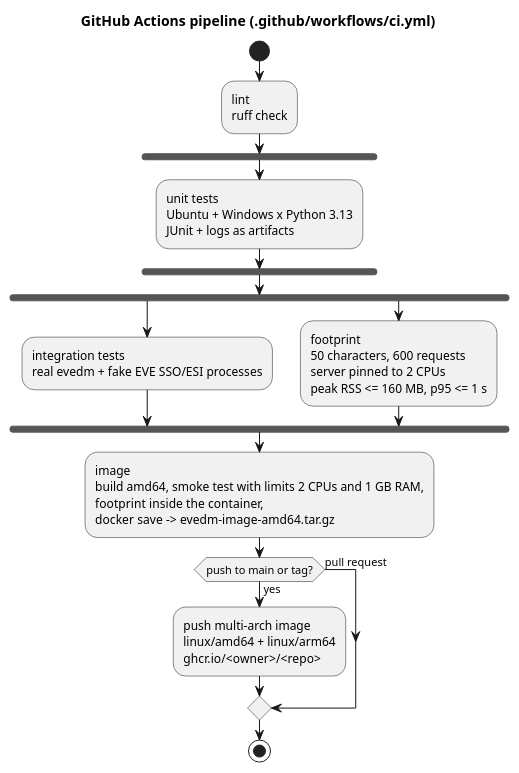
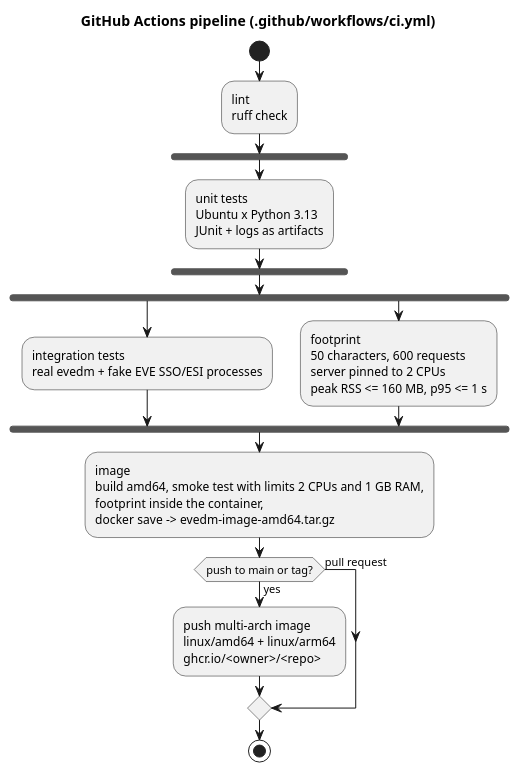
Before and after one commit to Headruner/war-bot-2: the diagram in docs/c4/10-ci-pipeline.puml, drawn with PlantUML. The commit also changed 5 other files, not shown here.

First line of the commit message:
ci: drop the windows unit test job

```diff
--- a/docs/c4/10-ci-pipeline.puml
+++ b/docs/c4/10-ci-pipeline.puml
@@ -1,20 +1,20 @@
 @startuml ci-pipeline
 title GitHub Actions pipeline (.github/workflows/ci.yml)
 skinparam shadowing false
 start
 :lint\nruff check;
 fork
-  :unit tests\nUbuntu + Windows x Python 3.13\nJUnit + logs as artifacts;
+  :unit tests\nUbuntu x Python 3.13\nJUnit + logs as artifacts;
 end fork
 fork
   :integration tests\nreal evedm + fake EVE SSO/ESI processes;
 fork again
   :footprint\n50 characters, 600 requests\nserver pinned to 2 CPUs\npeak RSS <= 160 MB, p95 <= 1 s;
 end fork
 :image\nbuild amd64, smoke test with limits 2 CPUs and 1 GB RAM,\nfootprint inside the container,\ndocker save -> evedm-image-amd64.tar.gz;
 if (push to main or tag?) then (yes)
   :push multi-arch image\nlinux/amd64 + linux/arm64\nghcr.io/<owner>/<repo>;
 else (pull request)
 endif
 stop
 @enduml
```
